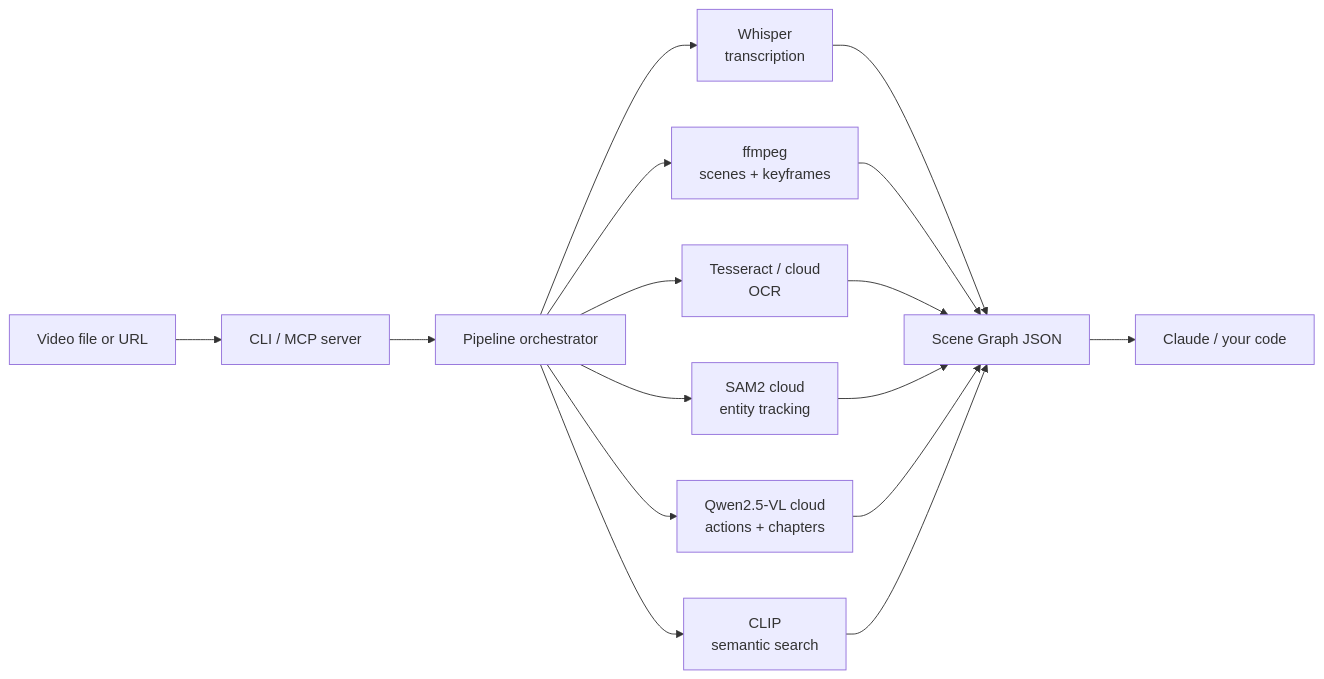
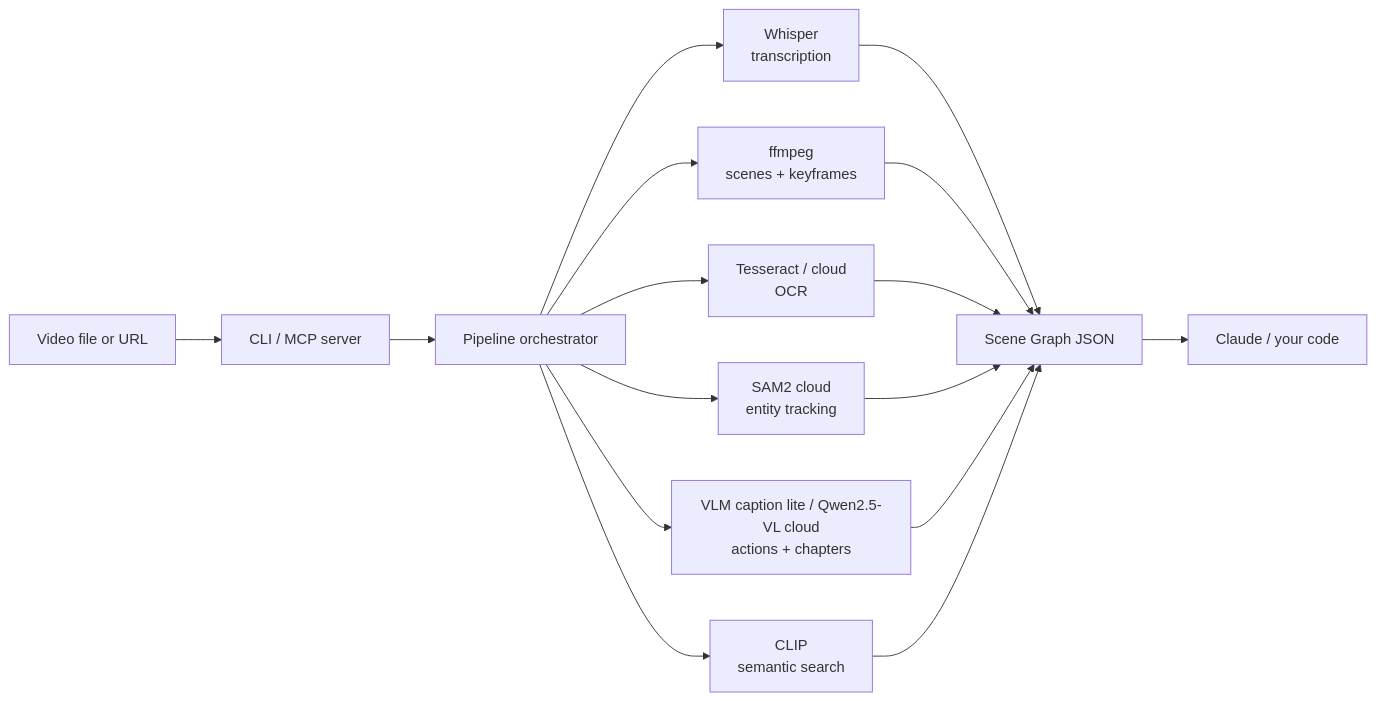
The diagram in README.md (vonzelle-vzt/vzt-video-intel), drawn with Mermaid before and after one commit. The commit also changed other lines of this file and 16 other files, not shown here.

First line of the commit message:
feat(v1.3.0): observe — watch + listen fused timeline + lite VLM captioning

````diff
--- a/README.md
+++ b/README.md
@@ -198,18 +198,18 @@
 ```mermaid
 flowchart LR
     A[Video file or URL] --> B[CLI / MCP server]
     B --> C[Pipeline orchestrator]
     C --> D[Whisper<br/>transcription]
     C --> E[ffmpeg<br/>scenes + keyframes]
     C --> F[Tesseract / cloud<br/>OCR]
     C --> G[SAM2 cloud<br/>entity tracking]
-    C --> H[Qwen2.5-VL cloud<br/>actions + chapters]
+    C --> H[VLM caption lite / Qwen2.5-VL cloud<br/>actions + chapters]
     C --> I[CLIP<br/>semantic search]
     D --> J[Scene Graph JSON]
     E --> J
     F --> J
     G --> J
     H --> J
     I --> J
     J --> K[Claude / your code]
 ```
````
